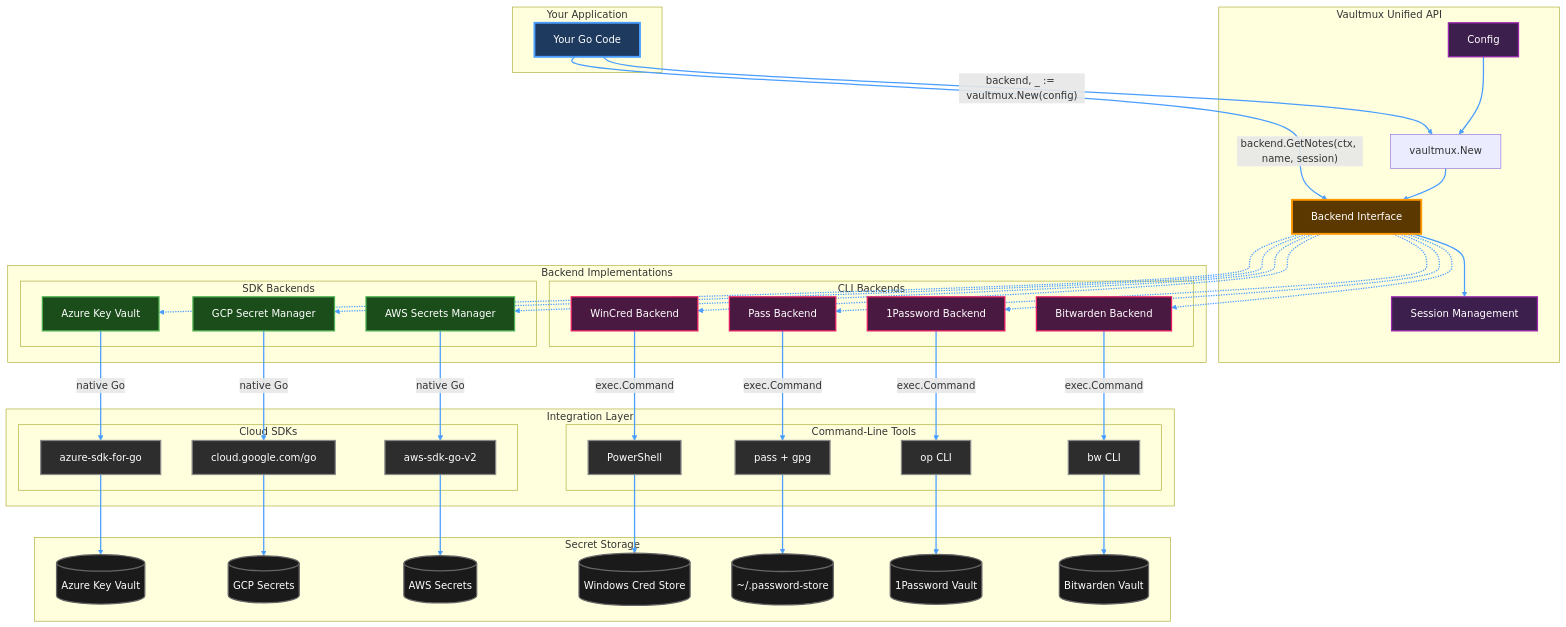
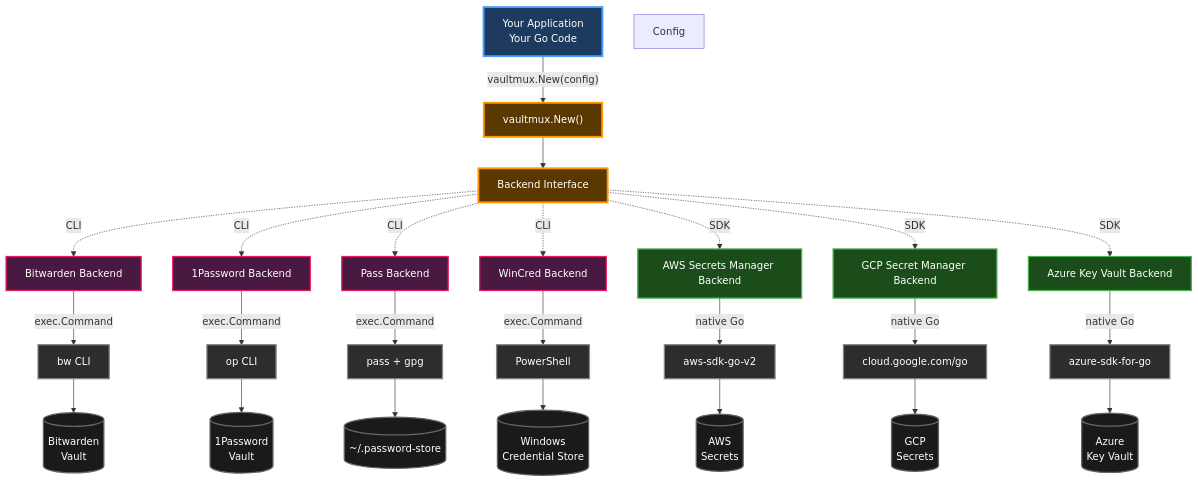
The diagram in README.md (blackwell-systems/vaultmux), drawn with Mermaid before and after one commit.

Commit message:
fix: Simplify mermaid diagram to resolve GitHub rendering issues
- Remove nested subgraphs causing layout errors
- Flatten diagram structure for better compatibility
- Use classDef for cleaner styling
- Switch to flowchart syntax for improved rendering
- Maintain all architectural information with simpler layout

````diff
--- a/README.md
+++ b/README.md
@@ -291,119 +291,66 @@
 ```mermaid
-graph TB
-    subgraph "Your Application"
-        APP[Your Go Code]
-    end
+flowchart TB
+    APP["Your Application<br/>Your Go Code"]
 
-    subgraph "Vaultmux Unified API"
-        CONFIG[Config]
-        FACTORY[vaultmux.New]
-        INTERFACE[Backend Interface]
-        SESSION[Session Management]
+    CONFIG["Config"]
+    FACTORY["vaultmux.New()"]
+    INTERFACE["Backend Interface"]
 
-        CONFIG --> FACTORY
-        FACTORY --> INTERFACE
-        INTERFACE --> SESSION
-    end
+    BW["Bitwarden Backend"]
+    OP["1Password Backend"]
+    PASS["Pass Backend"]
+    WINCRED["WinCred Backend"]
+    AWS["AWS Secrets Manager Backend"]
+    GCP["GCP Secret Manager Backend"]
+    AZURE["Azure Key Vault Backend"]
 
-    subgraph "Backend Implementations"
-        subgraph "CLI Backends"
-            BW[Bitwarden Backend]
-            OP[1Password Backend]
-            PASS[Pass Backend]
-            WINCRED[WinCred Backend]
-        end
+    BWCLI["bw CLI"]
+    OPCLI["op CLI"]
+    PASSCLI["pass + gpg"]
+    PS["PowerShell"]
+    AWSSDK["aws-sdk-go-v2"]
+    GCPSDK["cloud.google.com/go"]
+    AZURESDK["azure-sdk-for-go"]
 
-        subgraph "SDK Backends"
-            AWS[AWS Secrets Manager]
-            GCP[GCP Secret Manager]
-            AZURE[Azure Key Vault]
-        end
-    end
+    BWVAULT[("Bitwarden<br/>Vault")]
+    OPVAULT[("1Password<br/>Vault")]
+    PASSVAULT[("~/.password-store")]
+    WINCREDVAULT[("Windows<br/>Credential Store")]
+    AWSVAULT[("AWS<br/>Secrets")]
+    GCPVAULT[("GCP<br/>Secrets")]
+    AZUREVAULT[("Azure<br/>Key Vault")]
 
-    subgraph "Integration Layer"
-        subgraph "Command-Line Tools"
-            BWCLI[bw CLI]
-            OPCLI[op CLI]
-            PASSCLI[pass + gpg]
-            PS[PowerShell]
-        end
+    APP -->|"vaultmux.New(config)"| FACTORY
+    FACTORY --> INTERFACE
 
-        subgraph "Cloud SDKs"
-            AWSSDK[aws-sdk-go-v2]
-            GCPSDK[cloud.google.com/go]
-            AZURESDK[azure-sdk-for-go]
-        end
-    end
+    INTERFACE -.->|CLI| BW
+    INTERFACE -.->|CLI| OP
+    INTERFACE -.->|CLI| PASS
+    INTERFACE -.->|CLI| WINCRED
+    INTERFACE -.->|SDK| AWS
+    INTERFACE -.->|SDK| GCP
+    INTERFACE -.->|SDK| AZURE
 
-    subgraph "Secret Storage"
-        BWVAULT[(Bitwarden Vault)]
-        OPVAULT[(1Password Vault)]
-        PASSVAULT[(~/.password-store)]
-        WINCREDVAULT[(Windows Cred Store)]
-        AWSVAULT[(AWS Secrets)]
-        GCPVAULT[(GCP Secrets)]
-        AZUREVAULT[(Azure Key Vault)]
-    end
+    BW -->|exec.Command| BWCLI --> BWVAULT
+    OP -->|exec.Command| OPCLI --> OPVAULT
+    PASS -->|exec.Command| PASSCLI --> PASSVAULT
+    WINCRED -->|exec.Command| PS --> WINCREDVAULT
 
-    APP --> |"backend, _ := vaultmux.New(config)"| FACTORY
-    APP --> |"backend.GetNotes(ctx, name, session)"| INTERFACE
+    AWS -->|native Go| AWSSDK --> AWSVAULT
+    GCP -->|native Go| GCPSDK --> GCPVAULT
+    AZURE -->|native Go| AZURESDK --> AZUREVAULT
 
-    INTERFACE -.-> BW
-    INTERFACE -.-> OP
-    INTERFACE -.-> PASS
-    INTERFACE -.-> WINCRED
-    INTERFACE -.-> AWS
-    INTERFACE -.-> GCP
-    INTERFACE -.-> AZURE
+    classDef appStyle fill:#1e3a5f,stroke:#4a9eff,stroke-width:3px,color:#fff
+    classDef apiStyle fill:#5a3800,stroke:#ff9800,stroke-width:3px,color:#fff
+    classDef cliBackend fill:#4a1942,stroke:#e91e63,stroke-width:2px,color:#fff
+    classDef sdkBackend fill:#1b4d1b,stroke:#4caf50,stroke-width:2px,color:#fff
+    classDef integration fill:#2d2d2d,stroke:#888,stroke-width:2px,color:#fff
+    classDef storage fill:#1a1a1a,stroke:#666,stroke-width:2px,color:#fff
 
-    BW --> |exec.Command| BWCLI
-    OP --> |exec.Command| OPCLI
-    PASS --> |exec.Command| PASSCLI
-    WINCRED --> |exec.Command| PS
-
-    AWS --> |native Go| AWSSDK
-    GCP --> |native Go| GCPSDK
-    AZURE --> |native Go| AZURESDK
-
-    BWCLI --> BWVAULT
-    OPCLI --> OPVAULT
-    PASSCLI --> PASSVAULT
-    PS --> WINCREDVAULT
-    AWSSDK --> AWSVAULT
-    GCPSDK --> GCPVAULT
-    AZURESDK --> AZUREVAULT
-
-    %% Dark mode styling with high contrast
-    style APP fill:#1e3a5f,stroke:#4a9eff,stroke-width:3px,color:#fff
-    style INTERFACE fill:#5a3800,stroke:#ff9800,stroke-width:3px,color:#fff
-    style CONFIG fill:#3d1f4d,stroke:#9c27b0,stroke-width:2px,color:#fff
-    style SESSION fill:#3d1f4d,stroke:#9c27b0,stroke-width:2px,color:#fff
-
-    style BW fill:#4a1942,stroke:#e91e63,stroke-width:2px,color:#fff
-    style OP fill:#4a1942,stroke:#e91e63,stroke-width:2px,color:#fff
-    style PASS fill:#4a1942,stroke:#e91e63,stroke-width:2px,color:#fff
-    style WINCRED fill:#4a1942,stroke:#e91e63,stroke-width:2px,color:#fff
-
-    style AWS fill:#1b4d1b,stroke:#4caf50,stroke-width:2px,color:#fff
-    style GCP fill:#1b4d1b,stroke:#4caf50,stroke-width:2px,color:#fff
-    style AZURE fill:#1b4d1b,stroke:#4caf50,stroke-width:2px,color:#fff
-
-    style BWCLI fill:#2d2d2d,stroke:#888,stroke-width:2px,color:#fff
-    style OPCLI fill:#2d2d2d,stroke:#888,stroke-width:2px,color:#fff
-    style PASSCLI fill:#2d2d2d,stroke:#888,stroke-width:2px,color:#fff
-    style PS fill:#2d2d2d,stroke:#888,stroke-width:2px,color:#fff
-
-    style AWSSDK fill:#2d2d2d,stroke:#888,stroke-width:2px,color:#fff
-    style GCPSDK fill:#2d2d2d,stroke:#888,stroke-width:2px,color:#fff
-    style AZURESDK fill:#2d2d2d,stroke:#888,stroke-width:2px,color:#fff
-
-    style BWVAULT fill:#1a1a1a,stroke:#666,stroke-width:2px,color:#fff
-    style OPVAULT fill:#1a1a1a,stroke:#666,stroke-width:2px,color:#fff
-    style PASSVAULT fill:#1a1a1a,stroke:#666,stroke-width:2px,color:#fff
-    style WINCREDVAULT fill:#1a1a1a,stroke:#666,stroke-width:2px,color:#fff
-    style AWSVAULT fill:#1a1a1a,stroke:#666,stroke-width:2px,color:#fff
-    style GCPVAULT fill:#1a1a1a,stroke:#666,stroke-width:2px,color:#fff
-    style AZUREVAULT fill:#1a1a1a,stroke:#666,stroke-width:2px,color:#fff
-
-    linkStyle default stroke:#4a9eff,stroke-width:2px
+    class APP appStyle
+    class FACTORY,INTERFACE apiStyle
+    class BW,OP,PASS,WINCRED cliBackend
+    class AWS,GCP,AZURE sdkBackend
+    class BWCLI,OPCLI,PASSCLI,PS,AWSSDK,GCPSDK,AZURESDK integration
+    class BWVAULT,OPVAULT,PASSVAULT,WINCREDVAULT,AWSVAULT,GCPVAULT,AZUREVAULT storage
 ```
````
